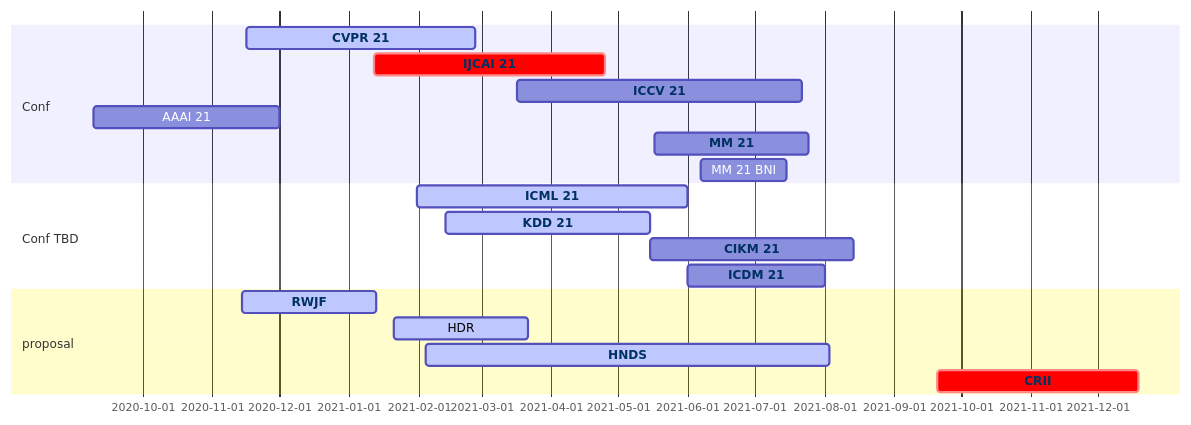
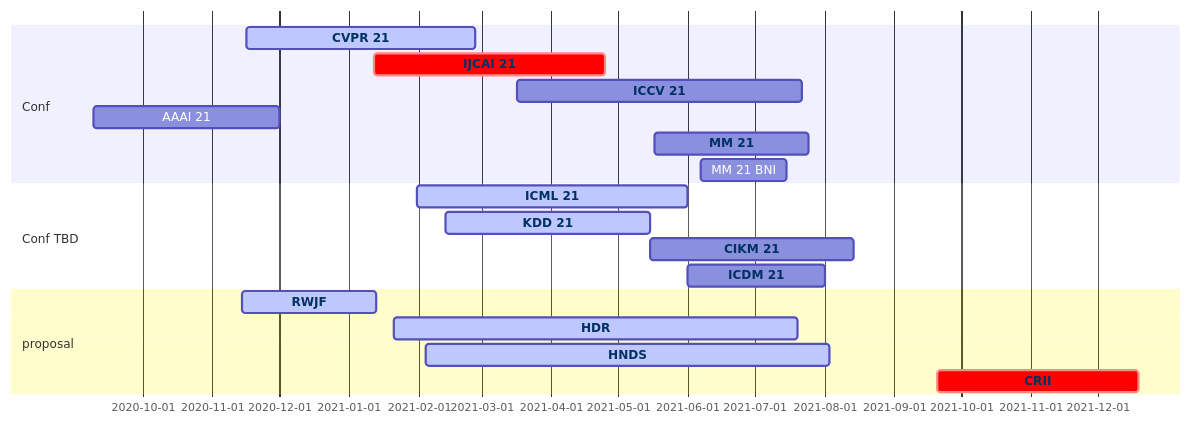
Before and after one commit to aquastar/academic-kickstart: the diagram in content/post/conf/index.md, drawn with Mermaid.

````diff
--- a/content/post/conf/index.md
+++ b/content/post/conf/index.md
@@ -16,34 +16,35 @@
 ```mermaid
 gantt
   dateFormat  MM/DD/YY
   section Conf
     CVPR 21 :active, cvpr, 11/16/20, 02/26/21
     IJCAI 21 :crit, ijcai, 01/12/21, 04/25/21
     ICCV 21 :iccv, 03/17/21, 07/22/21
     AAAI 21 :aaai, 09/09/20, 12/01/20
     MM 21:mm, 05/17/21, 07/25/21
     MM 21 BNI:mmbni, 06/07/21, 07/15/21
   section Conf TBD
     ICML 21:active, icml, 01/31/21, 06/01/21
     KDD 21:active, kdd, 02/13/21, 05/15/21
     CIKM 21:cikm, 05/15/21, 08/14/21
     ICDM 21:icdm, 06/01/21, 08/01/21
   section proposal
     RWJF :active, rwjf, 11/14/20, 60d
-    HDR :active, hdr, 01/21/21, 60d
+    HDR :active, hdr, 01/21/21, 180d
     HNDS :active, hnds, 02/04/21, 180d
     CRII :crit, crii, 09/20/21, 90d 
 
   click cvpr href "http://cvpr2021.thecvf.com/"
   click iccv href "http://iccv2021.thecvf.com/"
   click icml href "https://mermaidjs.github.io/"
   click ijcai href "http://www.ijcai-21.org/"
   click kdd href "http://www.kdd.org/kdd2021"
   click www href "https://www2021.thewebconf.org/"
   click cikm href "https://www.cikm2021.org/"
   click icdm href "http://icdm2021.bigke.org"
   click mm href "https://2020.acmmm.org/index.html"
   click crii href "https://www.nsf.gov/funding/pgm_summ.jsp?pims_id=504952"
+  click hdr href "https://www.nsf.gov/funding/pgm_summ.jsp?pims_id=505828&org=NSF&sel_org=CISE&from=fund"
   click hnds href "https://www.nsf.gov/funding/pgm_summ.jsp?pims_id=505702"
   click rwjf href "https://anr.rwjf.org/viewCfp.do?cfpId=1509&cfpOverviewId="
 ```
````
